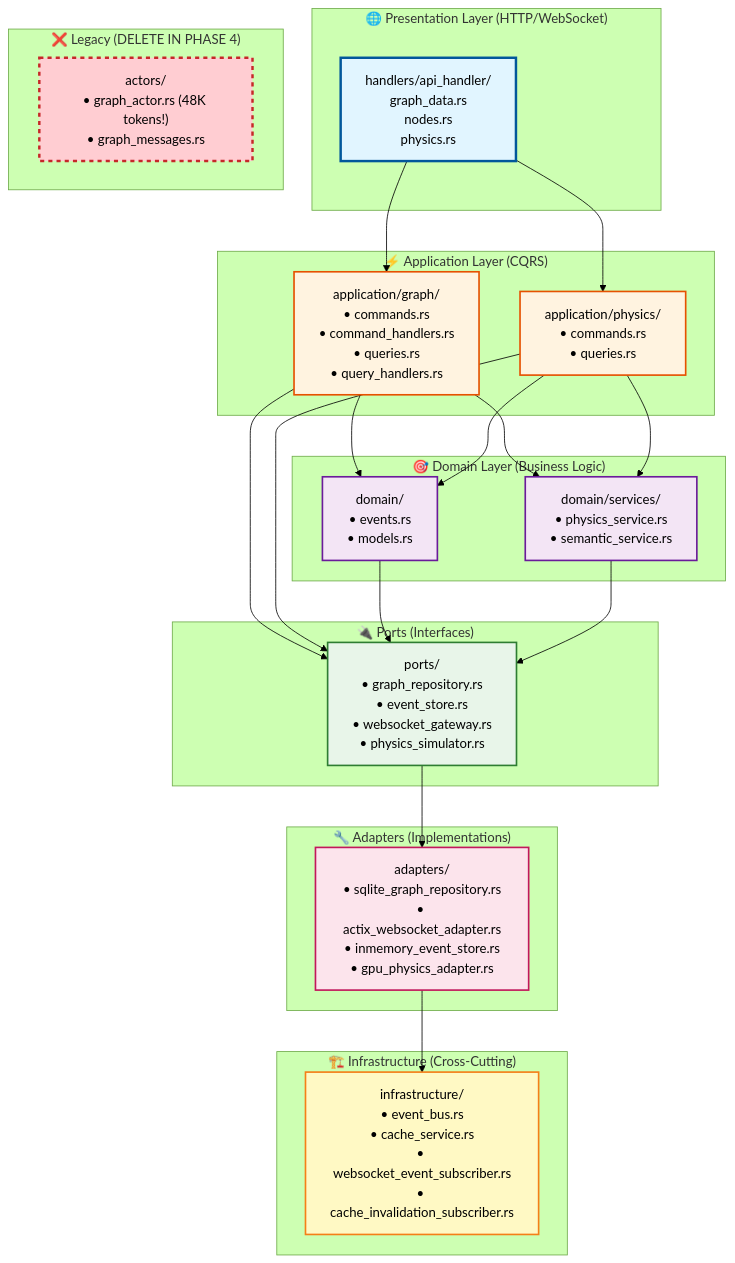
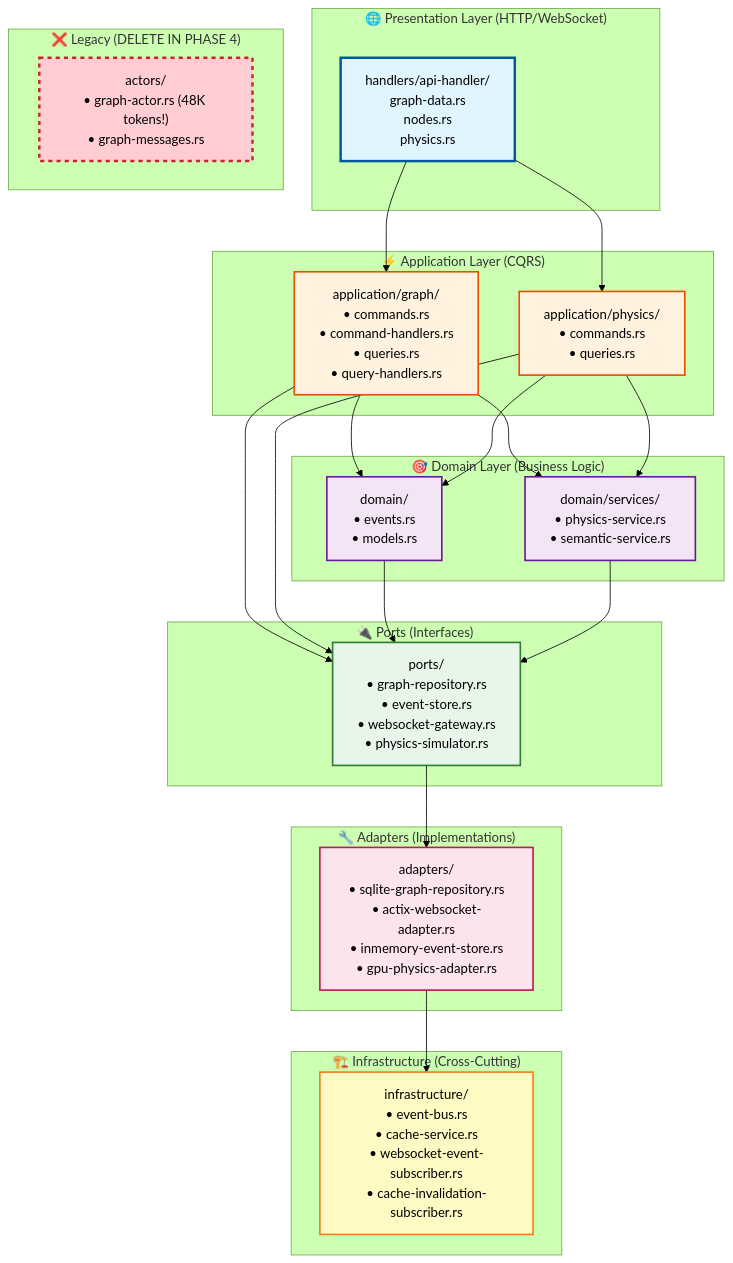
The tenth of 12 diagrams in docs/concepts/architecture/hexagonal-cqrs-architecture.md (DreamLab-AI/VisionFlow), drawn with Mermaid (forest theme) before and after one commit. The commit also changed other lines of this file and 184 other files, not shown here.

````diff
--- a/docs/concepts/architecture/hexagonal-cqrs-architecture.md
+++ b/docs/concepts/architecture/hexagonal-cqrs-architecture.md
@@ -1517,57 +1517,57 @@
 ```mermaid
 graph TB
     subgraph Presentation["🌐 Presentation Layer (HTTP/WebSocket)"]
-        H1["handlers/api_handler/<br/>graph_data.rs<br/>nodes.rs<br/>physics.rs"]
+        H1["handlers/api-handler/<br/>graph-data.rs<br/>nodes.rs<br/>physics.rs"]
     end
 
     subgraph Application["⚡ Application Layer (CQRS)"]
-        APP1["application/graph/<br/>• commands.rs<br/>• command_handlers.rs<br/>• queries.rs<br/>• query_handlers.rs"]
+        APP1["application/graph/<br/>• commands.rs<br/>• command-handlers.rs<br/>• queries.rs<br/>• query-handlers.rs"]
 
         APP2["application/physics/<br/>• commands.rs<br/>• queries.rs"]
     end
 
     subgraph Domain["🎯 Domain Layer (Business Logic)"]
         DOM1["domain/<br/>• events.rs<br/>• models.rs"]
 
-        DOM2["domain/services/<br/>• physics_service.rs<br/>• semantic_service.rs"]
+        DOM2["domain/services/<br/>• physics-service.rs<br/>• semantic-service.rs"]
     end
 
     subgraph Ports["🔌 Ports (Interfaces)"]
-        PORT1["ports/<br/>• graph_repository.rs<br/>• event_store.rs<br/>• websocket_gateway.rs<br/>• physics_simulator.rs"]
+        PORT1["ports/<br/>• graph-repository.rs<br/>• event-store.rs<br/>• websocket-gateway.rs<br/>• physics-simulator.rs"]
     end
 
     subgraph Adapters["🔧 Adapters (Implementations)"]
-        ADAPT1["adapters/<br/>• sqlite_graph_repository.rs<br/>• actix_websocket_adapter.rs<br/>• inmemory_event_store.rs<br/>• gpu_physics_adapter.rs"]
+        ADAPT1["adapters/<br/>• sqlite-graph-repository.rs<br/>• actix-websocket-adapter.rs<br/>• inmemory-event-store.rs<br/>• gpu-physics-adapter.rs"]
     end
 
     subgraph Infrastructure["🏗️ Infrastructure (Cross-Cutting)"]
-        INFRA1["infrastructure/<br/>• event_bus.rs<br/>• cache_service.rs<br/>• websocket_event_subscriber.rs<br/>• cache_invalidation_subscriber.rs"]
+        INFRA1["infrastructure/<br/>• event-bus.rs<br/>• cache-service.rs<br/>• websocket-event-subscriber.rs<br/>• cache-invalidation-subscriber.rs"]
     end
 
     subgraph Legacy["❌ Legacy (DELETE IN PHASE 4)"]
-        LEG1["actors/<br/>• graph_actor.rs (48K tokens!)<br/>• graph_messages.rs"]
+        LEG1["actors/<br/>• graph-actor.rs (48K tokens!)<br/>• graph-messages.rs"]
     end
 
     H1 --> APP1 & APP2
     APP1 & APP2 --> DOM1 & DOM2
     APP1 & APP2 --> PORT1
     DOM1 & DOM2 --> PORT1
     PORT1 --> ADAPT1
     ADAPT1 --> INFRA1
 
     classDef presentationLayer fill:#e1f5ff,stroke:#01579b,stroke-width:3px
     classDef applicationLayer fill:#fff3e0,stroke:#e65100,stroke-width:2px
     classDef domainLayer fill:#f3e5f5,stroke:#6a1b9a,stroke-width:2px
     classDef portsLayer fill:#e8f5e9,stroke:#2e7d32,stroke-width:2px
     classDef adaptersLayer fill:#fce4ec,stroke:#c2185b,stroke-width:2px
     classDef infraLayer fill:#fff9c4,stroke:#f57f17,stroke-width:2px
     classDef legacyLayer fill:#ffcdd2,stroke:#c62828,stroke-width:3px,stroke-dasharray: 5 5
 
     class H1 presentationLayer
     class APP1,APP2 applicationLayer
     class DOM1,DOM2 domainLayer
     class PORT1 portsLayer
     class ADAPT1 adaptersLayer
     class INFRA1 infraLayer
     class LEG1 legacyLayer
 ```
````
